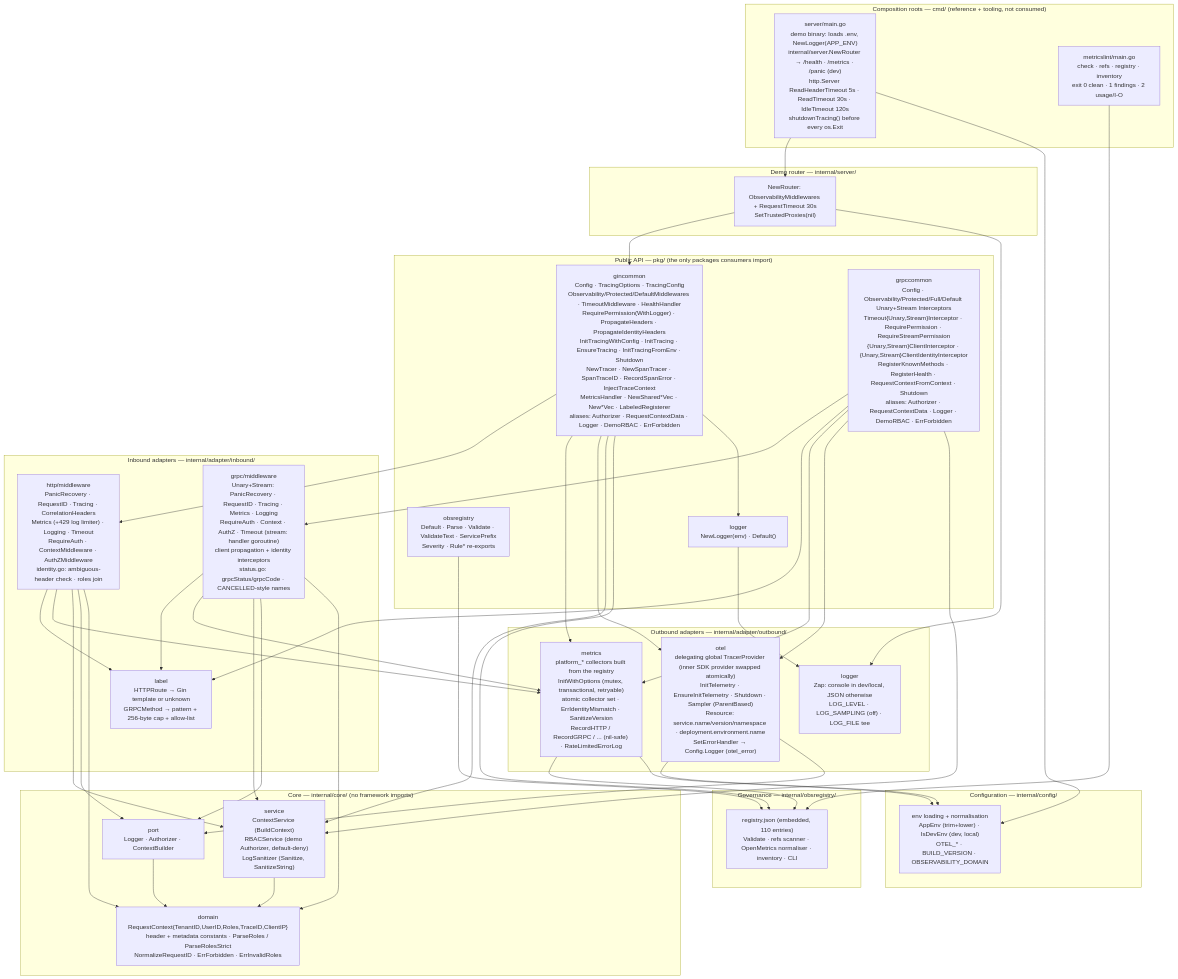
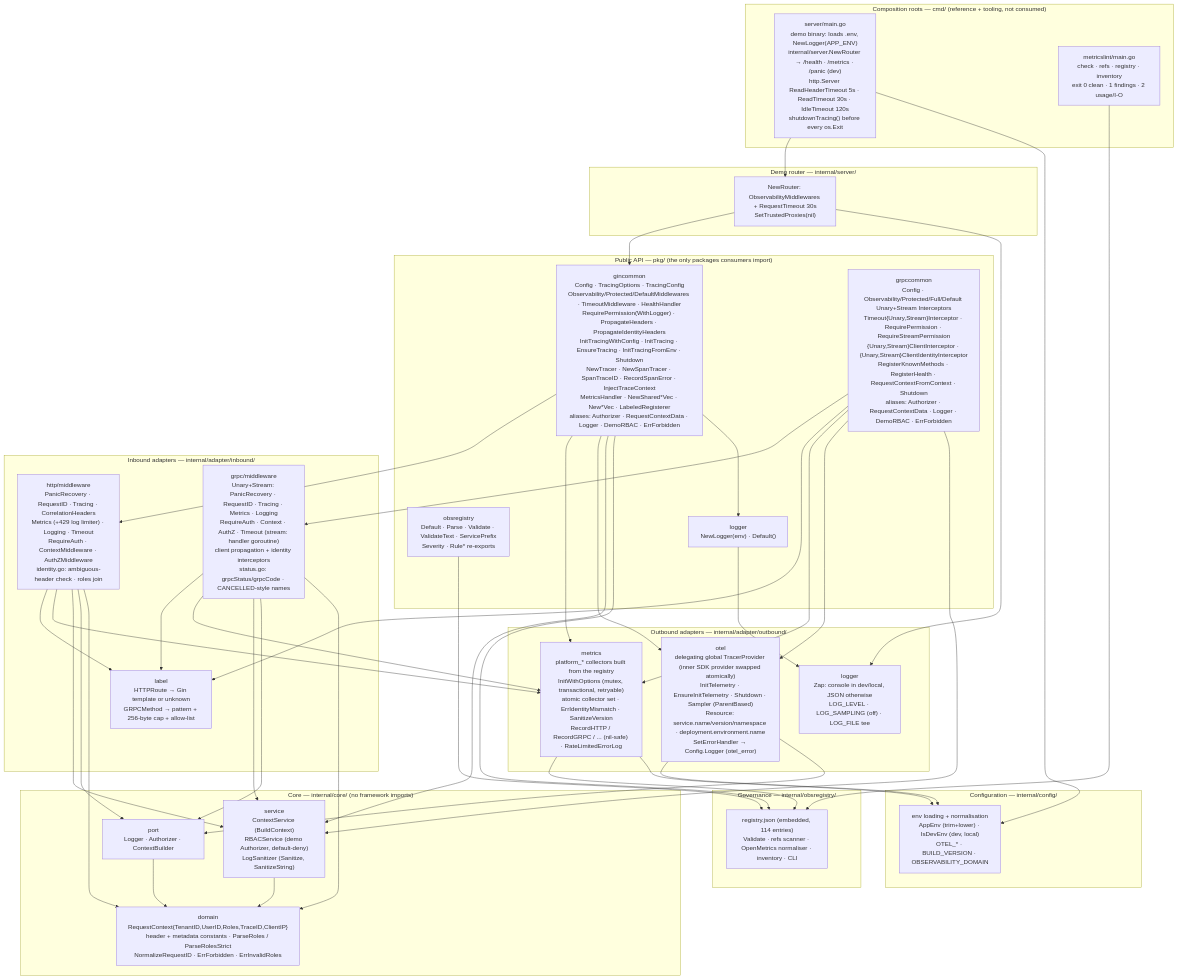
Before and after one commit to BCBP-SOLUTIONS-FZC-LLC/platform-gincommon: the first of 15 diagrams in ARCHITECTURE.md, drawn with Mermaid. The commit also changed other lines of this file and 6 other files, not shown here.

````diff
--- a/ARCHITECTURE.md
+++ b/ARCHITECTURE.md
@@ -17,79 +17,79 @@
 ```mermaid
 graph TD
     subgraph cmd["Composition roots  —  cmd/  (reference + tooling, not consumed)"]
         server_main["server/main.go<br/>demo binary: loads .env, NewLogger(APP_ENV)<br/>internal/server.NewRouter → /health · /metrics · /panic (dev)<br/>http.Server ReadHeaderTimeout 5s · ReadTimeout 30s · IdleTimeout 120s<br/>shutdownTracing() before every os.Exit"]
         lint_main["metricslint/main.go<br/>check · refs · registry · inventory<br/>exit 0 clean · 1 findings · 2 usage/I-O"]
     end
 
     subgraph pkg["Public API  —  pkg/  (the only packages consumers import)"]
         gin_pkg["gincommon<br/>Config · TracingOptions · TracingConfig<br/>Observability/Protected/DefaultMiddlewares · TimeoutMiddleware · HealthHandler<br/>RequirePermission(WithLogger) · PropagateHeaders · PropagateIdentityHeaders<br/>InitTracingWithConfig · InitTracing · EnsureTracing · InitTracingFromEnv · Shutdown<br/>NewTracer · NewSpanTracer · SpanTraceID · RecordSpanError · InjectTraceContext<br/>MetricsHandler · NewShared*Vec · New*Vec · LabeledRegisterer<br/>aliases: Authorizer · RequestContextData · Logger · DemoRBAC · ErrForbidden"]
         grpc_pkg["grpccommon<br/>Config · Observability/Protected/Full/Default Unary+Stream Interceptors<br/>Timeout{Unary,Stream}Interceptor · RequirePermission · RequireStreamPermission<br/>{Unary,Stream}ClientInterceptor · {Unary,Stream}ClientIdentityInterceptor<br/>RegisterKnownMethods · RegisterHealth · RequestContextFromContext · Shutdown<br/>aliases: Authorizer · RequestContextData · Logger · DemoRBAC · ErrForbidden"]
         obs_pkg["obsregistry<br/>Default · Parse · Validate · ValidateText · ServicePrefix<br/>Severity · Rule* re-exports"]
         log_pkg["logger<br/>NewLogger(env) · Default()"]
     end
 
     subgraph inbound["Inbound adapters  —  internal/adapter/inbound/"]
         http_mw["http/middleware<br/>PanicRecovery · RequestID · Tracing · CorrelationHeaders<br/>Metrics (+429 log limiter) · Logging · Timeout<br/>RequireAuth · ContextMiddleware · AuthZMiddleware<br/>identity.go: ambiguous-header check · roles join"]
         grpc_mw["grpc/middleware<br/>Unary+Stream: PanicRecovery · RequestID · Tracing · Metrics · Logging<br/>RequireAuth · Context · AuthZ · Timeout (stream: handler goroutine)<br/>client propagation + identity interceptors<br/>status.go: grpcStatus/grpcCode · CANCELLED-style names"]
         label["label<br/>HTTPRoute → Gin template or unknown<br/>GRPCMethod → pattern + 256-byte cap + allow-list"]
     end
 
     subgraph outbound["Outbound adapters  —  internal/adapter/outbound/"]
         metrics_adp["metrics<br/>platform_* collectors built from the registry<br/>InitWithOptions (mutex, transactional, retryable)<br/>atomic collector set · ErrIdentityMismatch · SanitizeVersion<br/>RecordHTTP / RecordGRPC / ... (nil-safe) · RateLimitedErrorLog"]
         otel_adp["otel<br/>delegating global TracerProvider (inner SDK provider swapped atomically)<br/>InitTelemetry · EnsureInitTelemetry · Shutdown · Sampler (ParentBased)<br/>Resource: service.name/version/namespace · deployment.environment.name<br/>SetErrorHandler → Config.Logger (otel_error)"]
         log_adp["logger<br/>Zap: console in dev/local, JSON otherwise<br/>LOG_LEVEL · LOG_SAMPLING (off) · LOG_FILE tee"]
     end
 
     subgraph registry["Governance  —  internal/obsregistry/"]
-        reg["registry.json (embedded, 110 entries)<br/>Validate · refs scanner · OpenMetrics normaliser · inventory · CLI"]
+        reg["registry.json (embedded, 114 entries)<br/>Validate · refs scanner · OpenMetrics normaliser · inventory · CLI"]
     end
 
     subgraph core["Core  —  internal/core/  (no framework imports)"]
         service["service<br/>ContextService (BuildContext)<br/>RBACService (demo Authorizer, default-deny)<br/>LogSanitizer (Sanitize, SanitizeString)"]
         port["port<br/>Logger · Authorizer · ContextBuilder"]
         domain["domain<br/>RequestContext{TenantID,UserID,Roles,TraceID,ClientIP}<br/>header + metadata constants · ParseRoles / ParseRolesStrict<br/>NormalizeRequestID · ErrForbidden · ErrInvalidRoles"]
     end
 
     subgraph infra["Configuration  —  internal/config/"]
         config["env loading + normalisation<br/>AppEnv (trim+lower) · IsDevEnv (dev, local)<br/>OTEL_* · BUILD_VERSION · OBSERVABILITY_DOMAIN"]
     end
 
     subgraph demo["Demo router  —  internal/server/"]
         router["NewRouter: ObservabilityMiddlewares + RequestTimeout 30s<br/>SetTrustedProxies(nil)"]
     end
 
     server_main --> router
     server_main --> config
     lint_main   --> reg
     router      --> gin_pkg
     router      --> log_adp
     gin_pkg     --> http_mw
     gin_pkg     --> metrics_adp
     gin_pkg     --> otel_adp
     gin_pkg     --> service
     gin_pkg     --> reg
     gin_pkg     --> log_pkg
     grpc_pkg    --> grpc_mw
     grpc_pkg    --> label
     grpc_pkg    --> metrics_adp
     grpc_pkg    --> otel_adp
     grpc_pkg    --> service
     obs_pkg     --> reg
     log_pkg     --> log_adp
     http_mw     --> label
     http_mw     --> metrics_adp
     http_mw     --> service
     http_mw     --> port
     http_mw     --> domain
     grpc_mw     --> label
     grpc_mw     --> metrics_adp
     grpc_mw     --> service
     grpc_mw     --> port
     grpc_mw     --> domain
     metrics_adp --> reg
     metrics_adp --> config
     otel_adp    --> config
     otel_adp    --> port
     service     --> domain
     port        --> domain
 ```
````
